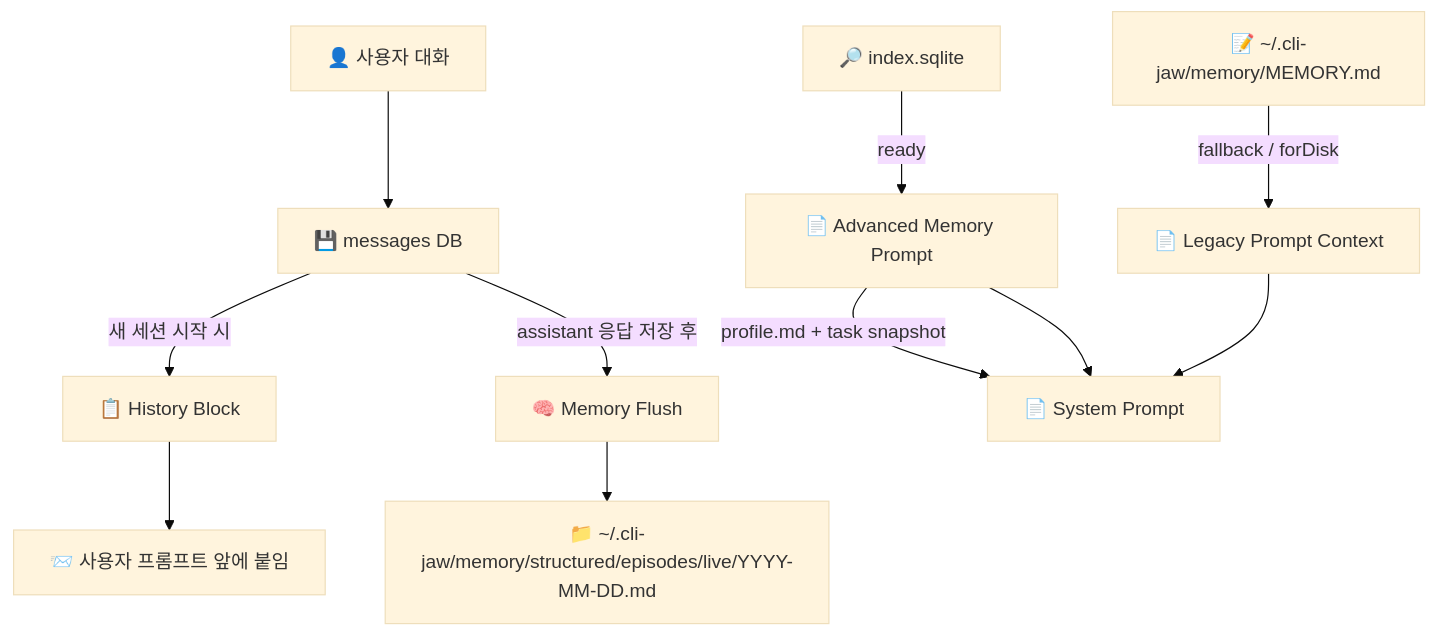
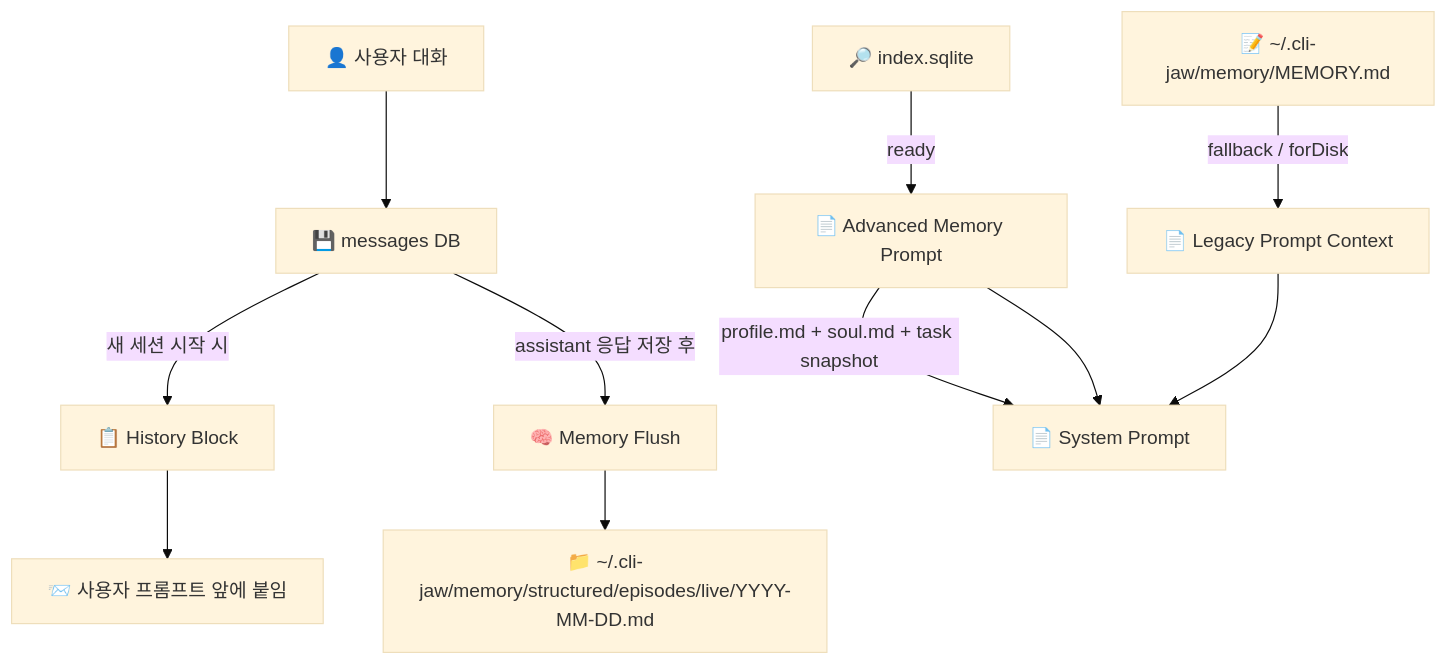
Before and after one commit to bitkyc08-arch/cli-jaw: the diagram in structure/memory_architecture.md, drawn with Mermaid (base theme). The commit also changed other lines of this file and 6 other files, not shown here.

Commit message:
fix(prompt): include soul in disk context

````diff
--- a/structure/memory_architecture.md
+++ b/structure/memory_architecture.md
@@ -19,13 +19,13 @@
 ```mermaid
 graph TD
     USER["👤 사용자 대화"] --> DB["💾 messages DB"]
     DB -->|"새 세션 시작 시"| HB["📋 History Block"]
     DB -->|"assistant 응답 저장 후"| FLUSH["🧠 Memory Flush"]
     FLUSH --> LIVE["📁 ~/.cli-jaw/memory/structured/episodes/live/YYYY-MM-DD.md"]
     INDEX["🔎 index.sqlite"] -->|"ready"| ADV["📄 Advanced Memory Prompt"]
-    ADV -->|"profile.md + task snapshot"| SYSPROMPT["📄 System Prompt"]
+    ADV -->|"profile.md + soul.md + task snapshot"| SYSPROMPT["📄 System Prompt"]
     LEGACY["📝 ~/.cli-jaw/memory/MEMORY.md"] -->|"fallback / forDisk"| LEGACYPROMPT["📄 Legacy Prompt Context"]
     HB --> PROMPT["📨 사용자 프롬프트 앞에 붙임"]
     LEGACYPROMPT --> SYSPROMPT
     ADV --> SYSPROMPT
 ```
````
